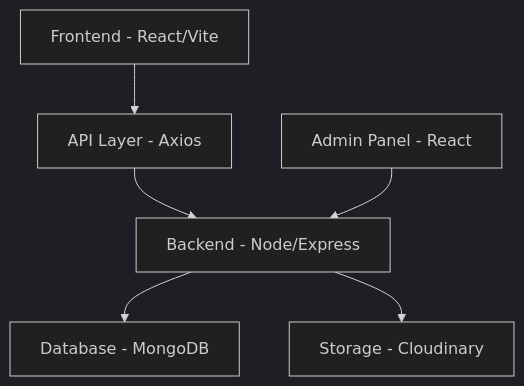
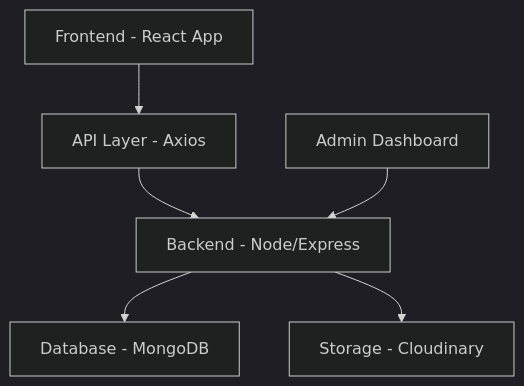
Before and after one commit to shaikazeem2001/E-commerce: the diagram in README.md, drawn with Mermaid (dark theme). The commit also changed other lines of this file and 11 other files, not shown here.

````diff
--- a/README.md
+++ b/README.md
@@ -8,8 +38,8 @@
 ```mermaid
 graph TD
-    A[Frontend - React/Vite] --> B[API Layer - Axios]
+    A[Frontend - React App] --> B[API Layer - Axios]
     B --> C[Backend - Node/Express]
     C --> D[Database - MongoDB]
     C --> E[Storage - Cloudinary]
-    F[Admin Panel - React] --> C
+    F[Admin Dashboard] --> C
 ```
````
